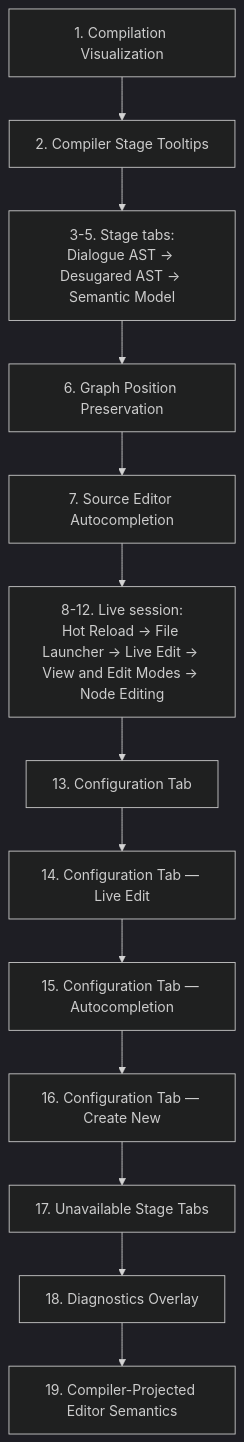
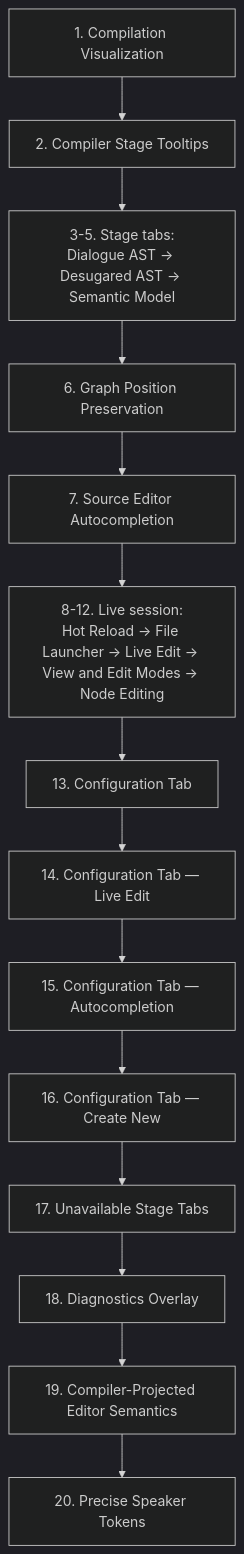
One commit to pengzhengyi/godot-dialoguedown changed the third of 4 diagrams in docs/contributing/design-notes/README.md. Above: the diagram before and after it, drawn with Mermaid (dark theme). The commit also changed other lines of this file and 4 other files, not shown here.

First line of the commit message:
docs(precise-speaker-tokens): finalize note and reconcile editor semantics

````diff
--- a/docs/contributing/design-notes/README.md
+++ b/docs/contributing/design-notes/README.md
@@ -119,15 +119,16 @@
 ```mermaid
 flowchart TB
     CV["1. Compilation Visualization"] --> TT["2. Compiler Stage Tooltips"]
     TT --> TABS["3-5. Stage tabs:<br/>Dialogue AST → Desugared AST → Semantic Model"]
     TABS --> GX["6. Graph Position Preservation"]
     GX --> AC["7. Source Editor Autocompletion"]
     AC --> LIVE["8-12. Live session:<br/>Hot Reload → File Launcher → Live Edit → View and Edit Modes → Node Editing"]
     LIVE --> CFG["13. Configuration Tab"]
     CFG --> CFGLE["14. Configuration Tab — Live Edit"]
     CFGLE --> CFGAC["15. Configuration Tab — Autocompletion"]
     CFGAC --> CFGCN["16. Configuration Tab — Create New"]
     CFGCN --> UST["17. Unavailable Stage Tabs"]
     UST --> DGO["18. Diagnostics Overlay"]
     DGO --> CPE["19. Compiler-Projected Editor Semantics"]
+    CPE --> PST["20. Precise Speaker Tokens"]
 ```
````
